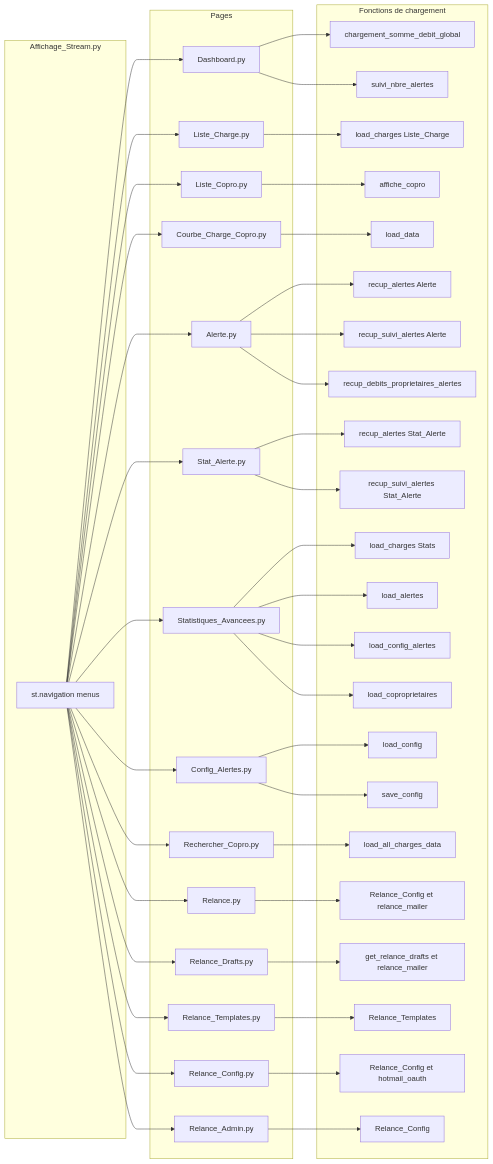
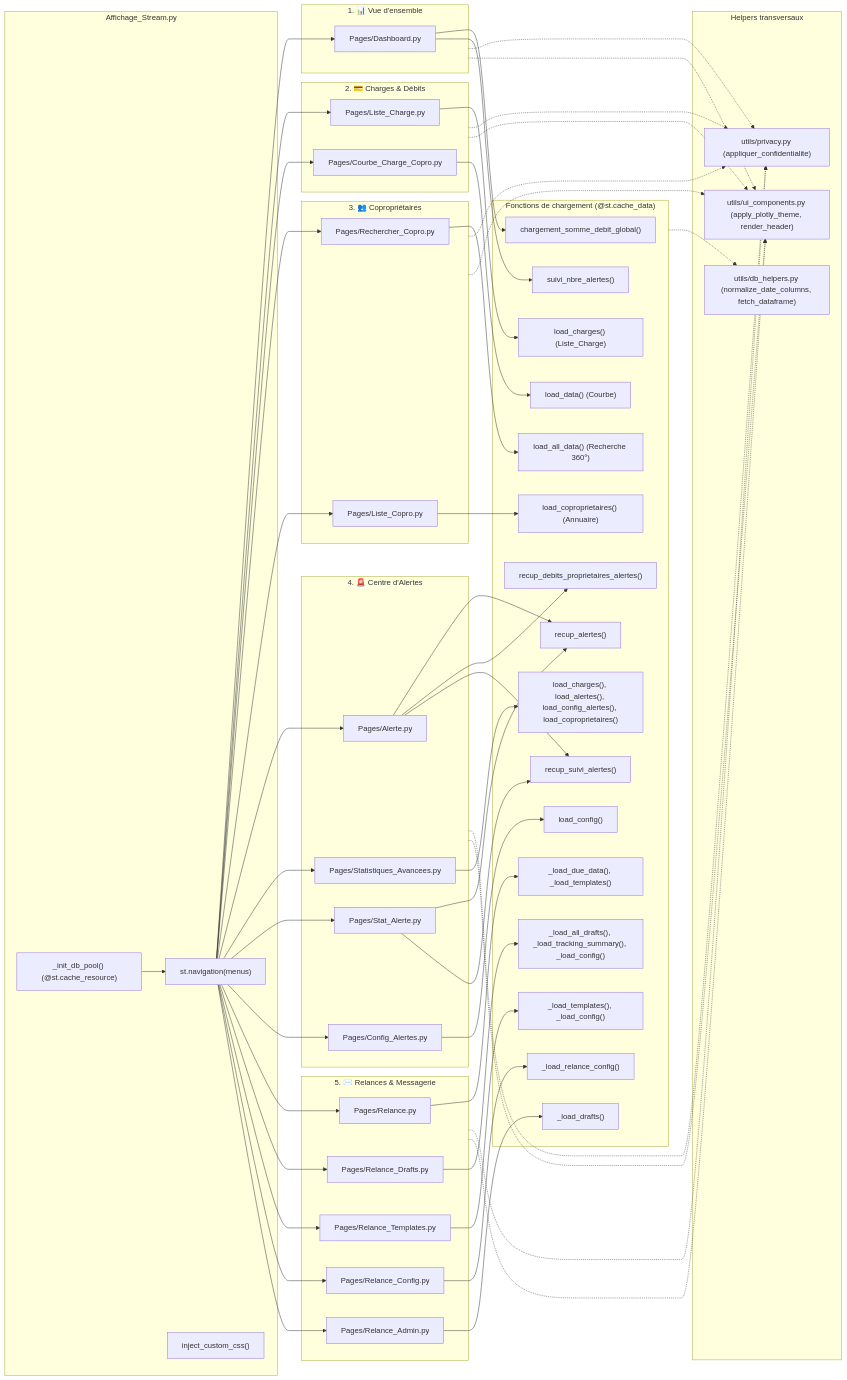
Before and after one commit to therealcorwin/CPTCOPRO: the fourth of 8 diagrams in reports/call_graph.md, drawn with Mermaid. The commit also changed other lines of this file and 50 other files, not shown here.

````diff
--- a/reports/call_graph.md
+++ b/reports/call_graph.md
@@ -204,78 +300,82 @@
 ```mermaid
 flowchart LR
-    subgraph APP[Affichage_Stream.py]
-        nav[st.navigation menus]
+    subgraph ROOT[Affichage_Stream.py]
+        pool["_init_db_pool() (@st.cache_resource)"]
+        nav["st.navigation(menus)"]
+        css["inject_custom_css()"]
     end
 
-    subgraph PAGES[Pages]
-        pg_dashboard[Dashboard.py]
-        pg_liste_charge[Liste_Charge.py]
-        pg_liste_copro[Liste_Copro.py]
-        pg_courbe[Courbe_Charge_Copro.py]
-        pg_alerte[Alerte.py]
-        pg_stat_alerte[Stat_Alerte.py]
-        pg_stats_adv[Statistiques_Avancees.py]
-        pg_config[Config_Alertes.py]
-        pg_search[Rechercher_Copro.py]
-        pg_relance[Relance.py]
-        pg_drafts[Relance_Drafts.py]
-        pg_templates[Relance_Templates.py]
-        pg_relance_config[Relance_Config.py]
-        pg_relance_admin[Relance_Admin.py]
+    subgraph SEC1["1. 📊 Vue d'ensemble"]
+        p_dash["Pages/Dashboard.py"]
     end
 
-    subgraph DATA_FUNCTIONS[Fonctions de chargement]
-        f_dash1[chargement_somme_debit_global]
-        f_dash2[suivi_nbre_alertes]
-        f_lc[load_charges Liste_Charge]
-        f_lcopro[affiche_copro]
-        f_courbe[load_data]
-        f_al1[recup_alertes Alerte]
-        f_al2[recup_suivi_alertes Alerte]
-        f_al3[recup_debits_proprietaires_alertes]
-        f_sa1[recup_alertes Stat_Alerte]
-        f_sa2[recup_suivi_alertes Stat_Alerte]
-        f_sadv1[load_charges Stats]
-        f_sadv2[load_alertes]
-        f_sadv3[load_config_alertes]
-        f_sadv4[load_coproprietaires]
-        f_cfg1[load_config]
-        f_cfg2[save_config]
-        f_rech[load_all_charges_data]
-        f_relance[Relance_Config et relance_mailer]
-        f_drafts[get_relance_drafts et relance_mailer]
-        f_templates[Relance_Templates]
-        f_relance_config[Relance_Config et hotmail_oauth]
-        f_relance_admin[Relance_Config]
+    subgraph SEC2["2. 💳 Charges & Débits"]
+        p_lc["Pages/Liste_Charge.py"]
+        p_cc["Pages/Courbe_Charge_Copro.py"]
     end
 
-    nav --> pg_dashboard --> f_dash1
-    pg_dashboard --> f_dash2
+    subgraph SEC3["3. 👥 Copropriétaires"]
+        p_rech["Pages/Rechercher_Copro.py"]
+        p_lcopro["Pages/Liste_Copro.py"]
+    end
 
-    nav --> pg_liste_charge --> f_lc
-    nav --> pg_liste_copro --> f_lcopro
-    nav --> pg_courbe --> f_courbe
+    subgraph SEC4["4. 🚨 Centre d'Alertes"]
+        p_ale["Pages/Alerte.py"]
+        p_sadv["Pages/Statistiques_Avancees.py"]
+        p_sale["Pages/Stat_Alerte.py"]
+        p_cfg["Pages/Config_Alertes.py"]
+    end
 
-    nav --> pg_alerte --> f_al1
-    pg_alerte --> f_al2
-    pg_alerte --> f_al3
+    subgraph SEC5["5. ✉️ Relances & Messagerie"]
+        p_rel["Pages/Relance.py"]
+        p_drf["Pages/Relance_Drafts.py"]
+        p_tpl["Pages/Relance_Templates.py"]
+        p_rcfg["Pages/Relance_Config.py"]
+        p_adm["Pages/Relance_Admin.py"]
+    end
 
-    nav --> pg_stat_alerte --> f_sa1
-    pg_stat_alerte --> f_sa2
+    subgraph LOADERS["Fonctions de chargement (@st.cache_data)"]
+        f_d1["chargement_somme_debit_global()"]
+        f_d2["suivi_nbre_alertes()"]
+        f_lc["load_charges() (Liste_Charge)"]
+        f_cc["load_data() (Courbe)"]
+        f_rc["load_all_data() (Recherche 360°)"]
+        f_lco["load_coproprietaires() (Annuaire)"]
+        f_al1["recup_alertes()"]
+        f_al2["recup_debits_proprietaires_alertes()"]
+        f_al3["recup_suivi_alertes()"]
+        f_sa1["load_charges(), load_alertes(), load_config_alertes(), load_coproprietaires()"]
+        f_cf1["load_config()"]
+        f_r1["_load_due_data(), _load_templates()"]
+        f_r2["_load_all_drafts(), _load_tracking_summary(), _load_config()"]
+        f_r3["_load_templates(), _load_config()"]
+        f_r4["_load_relance_config()"]
+        f_r5["_load_drafts()"]
+    end
 
-    nav --> pg_stats_adv --> f_sadv1
-    pg_stats_adv --> f_sadv2
-    pg_stats_adv --> f_sadv3
-    pg_stats_adv --> f_sadv4
+    subgraph HELPERS["Helpers transversaux"]
+        h_norm["utils/db_helpers.py (normalize_date_columns, fetch_dataframe)"]
+        h_priv["utils/privacy.py (appliquer_confidentialite)"]
+        h_ui["utils/ui_components.py (apply_plotly_theme, render_header)"]
+    end
 
-    nav --> pg_config --> f_cfg1
-    pg_config --> f_cfg2
+    pool --> nav
+    nav --> p_dash --> f_d1 & f_d2
+    nav --> p_lc --> f_lc
+    nav --> p_cc --> f_cc
+    nav --> p_rech --> f_rc
+    nav --> p_lcopro --> f_lco
+    nav --> p_ale --> f_al1 & f_al2 & f_al3
+    nav --> p_sadv --> f_sa1
+    nav --> p_sale --> f_al1 & f_al3
+    nav --> p_cfg --> f_cf1
+    nav --> p_rel --> f_r1
+    nav --> p_drf --> f_r2
+    nav --> p_tpl --> f_r3
+    nav --> p_rcfg --> f_r4
+    nav --> p_adm --> f_r5
 
-    nav --> pg_search --> f_rech
-
-    nav --> pg_relance --> f_relance
-    nav --> pg_drafts --> f_drafts
-    nav --> pg_templates --> f_templates
-    nav --> pg_relance_config --> f_relance_config
-    nav --> pg_relance_admin --> f_relance_admin
+    LOADERS -.-> h_norm
+    SEC1 & SEC2 & SEC3 & SEC4 & SEC5 -.-> h_priv
+    SEC1 & SEC2 & SEC3 & SEC4 & SEC5 -.-> h_ui
 ```
````
